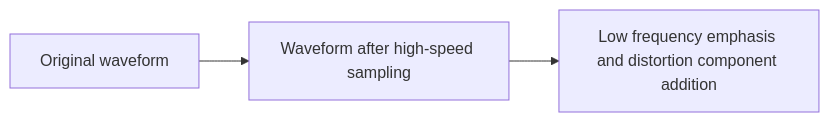
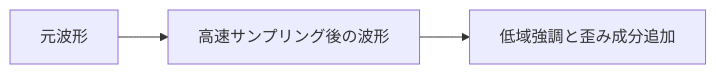
The sixth of 21 diagrams in en/_posts/2025-11-20-column-akai-mpc-60-emu-sp1200.md (monumental-movement/monumental-movement.github.io), drawn with Mermaid before and after one commit. The commit also changed other lines of this file and 2196 other files, not shown here.

```diff
--- a/en/_posts/2025-11-20-column-akai-mpc-60-emu-sp1200.md
+++ b/en/_posts/2025-11-20-column-akai-mpc-60-emu-sp1200.md
@@ -303,7 +303,7 @@
 <div class="mermaid">
     
 graph LR
-    A["Original waveform"] --> B["Waveform after high-speed sampling"]
-    B --> C["Low frequency emphasis and distortion component addition"]
+    A["元波形"] --> B["高速サンプリング後の波形"]
+    B --> C["低域強調と歪み成分追加"]
 
 </div> 
```
